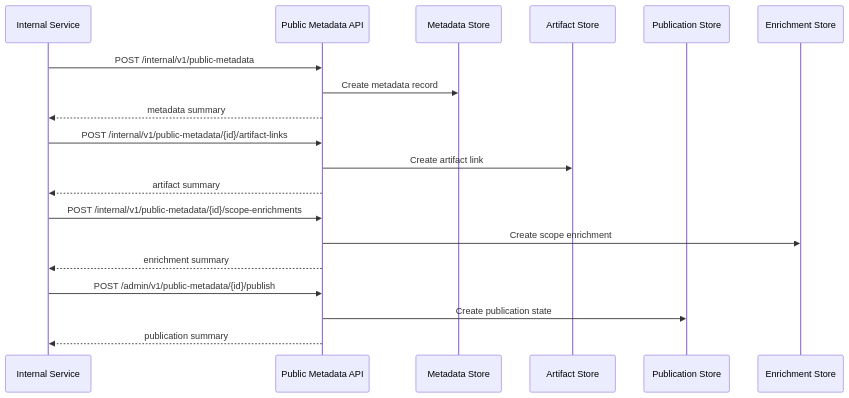
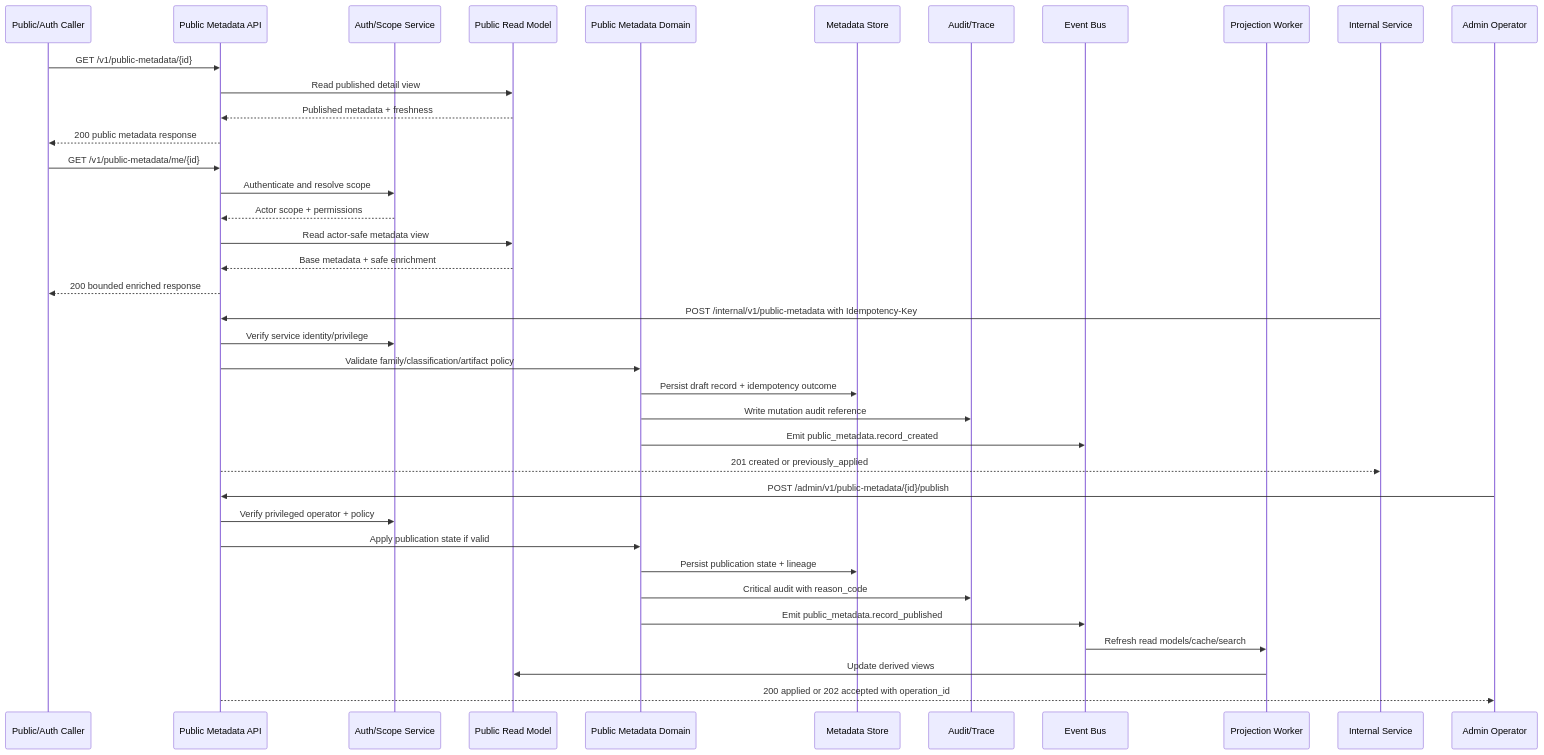
One commit to fuze-ac/api-specs changed the third of 3 diagrams in PUBLIC_METADATA_API_SPEC.md. Above: the diagram before and after it, drawn with Mermaid. The commit also changed other lines of this file and 50 other files, not shown here.

````diff
--- a/PUBLIC_METADATA_API_SPEC.md
+++ b/PUBLIC_METADATA_API_SPEC.md
@@ -1080,25 +635,44 @@
 ```mermaid
 sequenceDiagram
-    participant S as Internal Service
+    participant Caller as Public/Auth Caller
     participant API as Public Metadata API
-    participant M as Metadata Store
-    participant A as Artifact Store
-    participant P as Publication Store
-    participant E as Enrichment Store
+    participant Auth as Auth/Scope Service
+    participant Read as Public Read Model
+    participant PM as Public Metadata Domain
+    participant Store as Metadata Store
+    participant Audit as Audit/Trace
+    participant Event as Event Bus
+    participant Worker as Projection Worker
 
-    S->>API: POST /internal/v1/public-metadata
-    API->>M: Create metadata record
-    API-->>S: metadata summary
+    Caller->>API: GET /v1/public-metadata/{id}
+    API->>Read: Read published detail view
+    Read-->>API: Published metadata + freshness
+    API-->>Caller: 200 public metadata response
 
-    S->>API: POST /internal/v1/public-metadata/{id}/artifact-links
-    API->>A: Create artifact link
-    API-->>S: artifact summary
+    Caller->>API: GET /v1/public-metadata/me/{id}
+    API->>Auth: Authenticate and resolve scope
+    Auth-->>API: Actor scope + permissions
+    API->>Read: Read actor-safe metadata view
+    Read-->>API: Base metadata + safe enrichment
+    API-->>Caller: 200 bounded enriched response
 
-    S->>API: POST /internal/v1/public-metadata/{id}/scope-enrichments
-    API->>E: Create scope enrichment
-    API-->>S: enrichment summary
+    participant Service as Internal Service
+    Service->>API: POST /internal/v1/public-metadata with Idempotency-Key
+    API->>Auth: Verify service identity/privilege
+    API->>PM: Validate family/classification/artifact policy
+    PM->>Store: Persist draft record + idempotency outcome
+    PM->>Audit: Write mutation audit reference
+    PM->>Event: Emit public_metadata.record_created
+    API-->>Service: 201 created or previously_applied
 
-    S->>API: POST /admin/v1/public-metadata/{id}/publish
-    API->>P: Create publication state
-    API-->>S: publication summary
+    participant Admin as Admin Operator
+    Admin->>API: POST /admin/v1/public-metadata/{id}/publish
+    API->>Auth: Verify privileged operator + policy
+    API->>PM: Apply publication state if valid
+    PM->>Store: Persist publication state + lineage
+    PM->>Audit: Critical audit with reason_code
+    PM->>Event: Emit public_metadata.record_published
+    Event->>Worker: Refresh read models/cache/search
+    Worker->>Read: Update derived views
+    API-->>Admin: 200 applied or 202 accepted with operation_id
 ```
````
